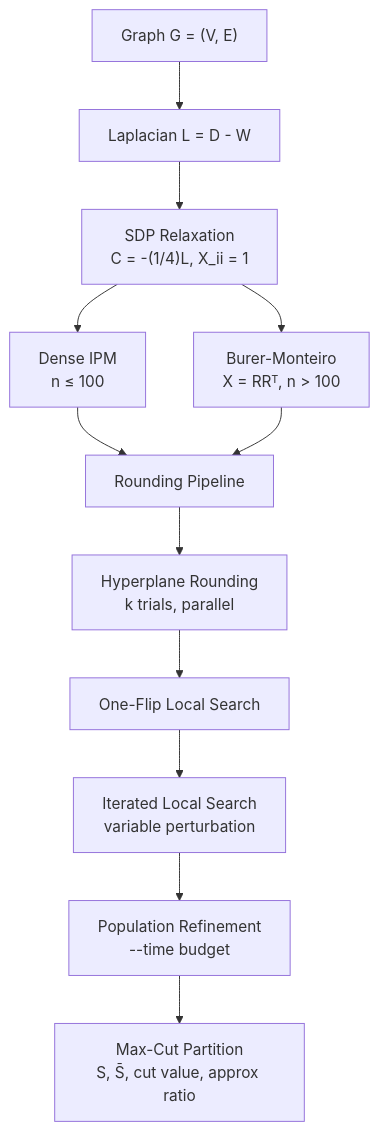
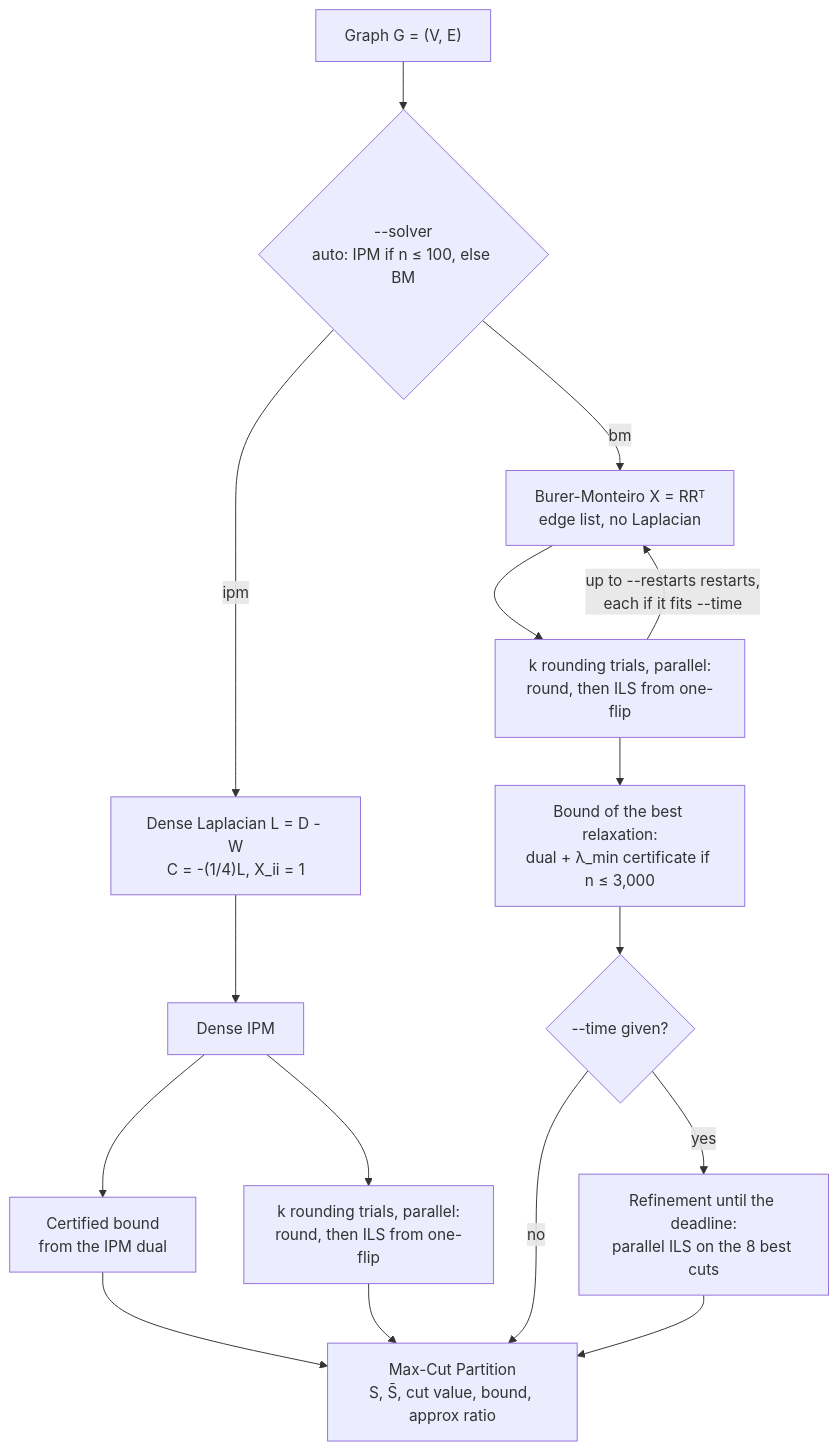
Before and after one commit to willmccallion/maxcut-sdp: the diagram in README.md, drawn with Mermaid. The commit also changed other lines of this file, not shown here.

Commit message:
Draw the IPM and BM pipelines as the code runs them

````diff
--- a/README.md
+++ b/README.md
@@ -56,18 +58,22 @@
 ```mermaid
 graph TD
-    A["Graph G = (V, E)"] --> B["Laplacian L = D - W"]
-    B --> C["SDP Relaxation<br/>C = -(1/4)L, X_ii = 1"]
+    A["Graph G = (V, E)"] --> S{"--solver<br/>auto: IPM if n ≤ 100, else BM"}
 
-    C --> D["Dense IPM<br/>n ≤ 100"]
-    C --> E["Burer-Monteiro<br/>X = RRᵀ, n &gt; 100"]
+    S -->|ipm| L["Dense Laplacian L = D - W<br/>C = -(1/4)L, X_ii = 1"]
+    L --> D["Dense IPM"]
+    D --> DB["Certified bound<br/>from the IPM dual"]
+    D --> DT["k rounding trials, parallel:<br/>round, then ILS from one-flip"]
+    DB --> K
+    DT --> K
 
-    D --> F["Rounding Pipeline"]
-    E --> F
+    S -->|bm| E["Burer-Monteiro X = RRᵀ<br/>edge list, no Laplacian"]
+    E --> ET["k rounding trials, parallel:<br/>round, then ILS from one-flip"]
+    ET -->|"up to --restarts restarts,<br/>each if it fits --time"| E
+    ET --> EB["Bound of the best relaxation:<br/>dual + λ_min certificate if n ≤ 3,000"]
+    EB --> T{"--time given?"}
+    T -->|yes| R["Refinement until the deadline:<br/>parallel ILS on the 8 best cuts"]
+    T -->|no| K
+    R --> K
 
-    F --> G["Hyperplane Rounding<br/>k trials, parallel"]
-    G --> H["One-Flip Local Search"]
-    H --> I["Iterated Local Search<br/>variable perturbation"]
-    I --> J["Population Refinement<br/>--time budget"]
-
-    J --> K["Max-Cut Partition<br/>S, S̄, cut value, approx ratio"]
+    K["Max-Cut Partition<br/>S, S̄, cut value, bound, approx ratio"]
 ```
````
